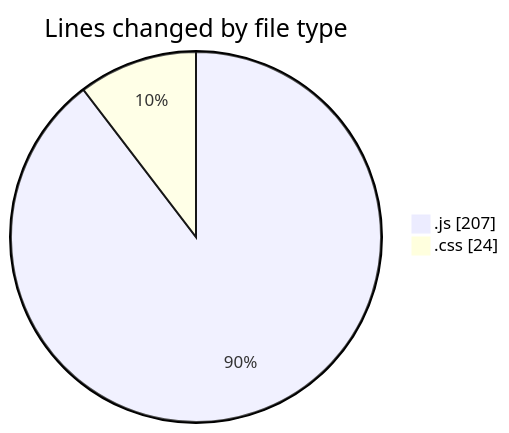
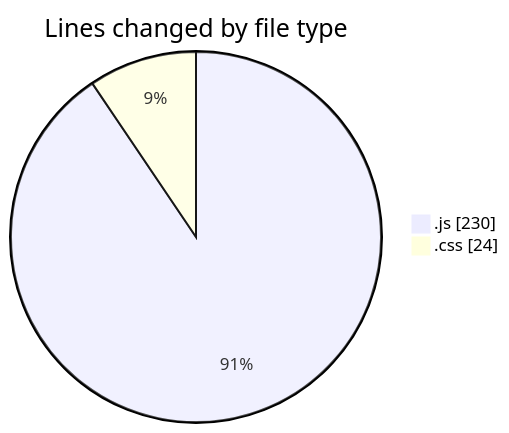
One commit to Ritupan-Deka/code-tracking changed the first of 2 diagrams in 2025-07-20/reactphpmysql/README.md. Above: the diagram before and after it, drawn with Mermaid. The commit also changed other lines of this file and 1 other file, not shown here.

````diff
--- a/2025-07-20/reactphpmysql/README.md
+++ b/2025-07-20/reactphpmysql/README.md
@@ -25,6 +25,6 @@
 ```mermaid
 pie showData
 title Lines changed by file type
-".js" : 207
+".js" : 230
 ".css" : 24
 ```
````
